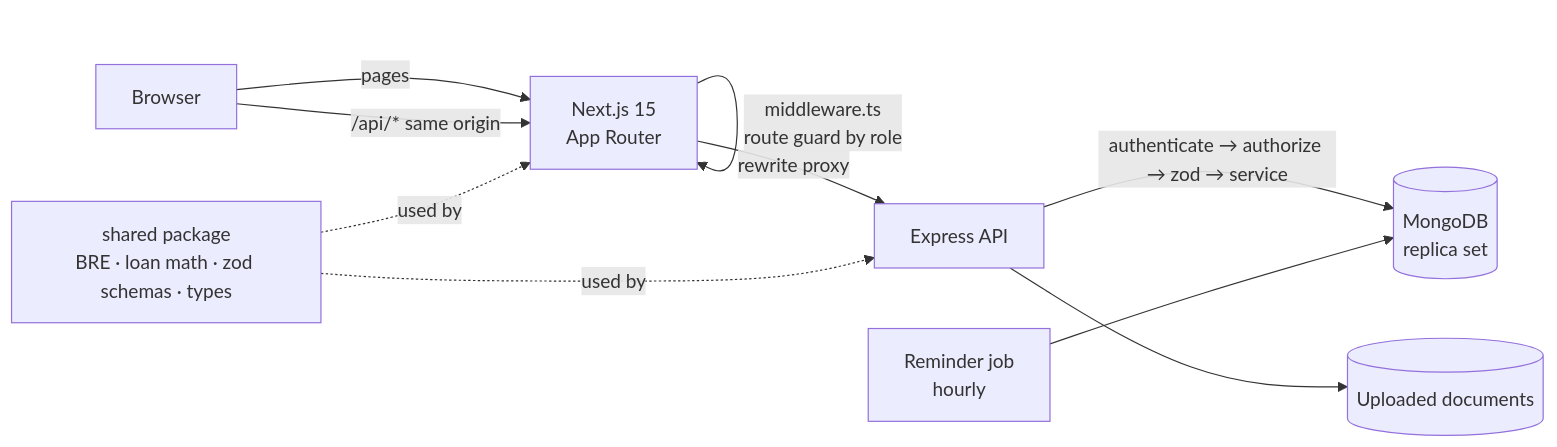
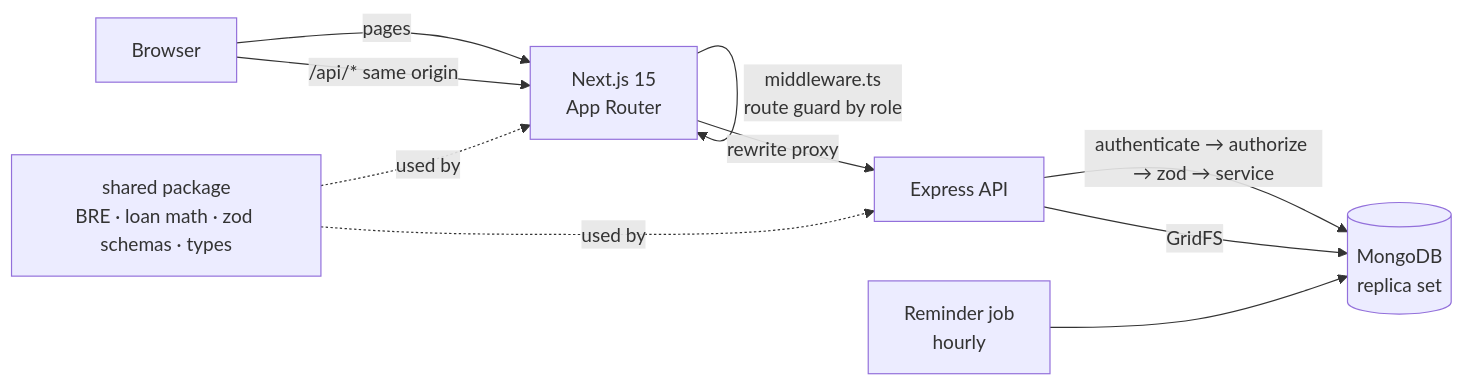
The first of 3 diagrams in README.md (Amaan-Radhanpura/CreditSea-LMS), drawn with Mermaid before and after one commit. The commit also changed other lines of this file and 14 other files, not shown here.

First line of the commit message:
feat(backend): store uploaded documents in MongoDB GridFS instead of local disk

````diff
--- a/README.md
+++ b/README.md
@@ -151,12 +150,12 @@
 ```mermaid
 flowchart LR
   B[Browser] -->|pages| N[Next.js 15<br/>App Router]
   N -->|middleware.ts<br/>route guard by role| N
   B -->|/api/* same origin| N
   N -->|rewrite proxy| E[Express API]
   E -->|authenticate → authorize → zod → service| S[(MongoDB<br/>replica set)]
-  E --> F[(Uploaded documents)]
+  E -->|GridFS| S
   J[Reminder job<br/>hourly] --> S
   SH[shared package<br/>BRE · loan math · zod schemas · types] -.used by.-> N
   SH -.used by.-> E
 ```
````
